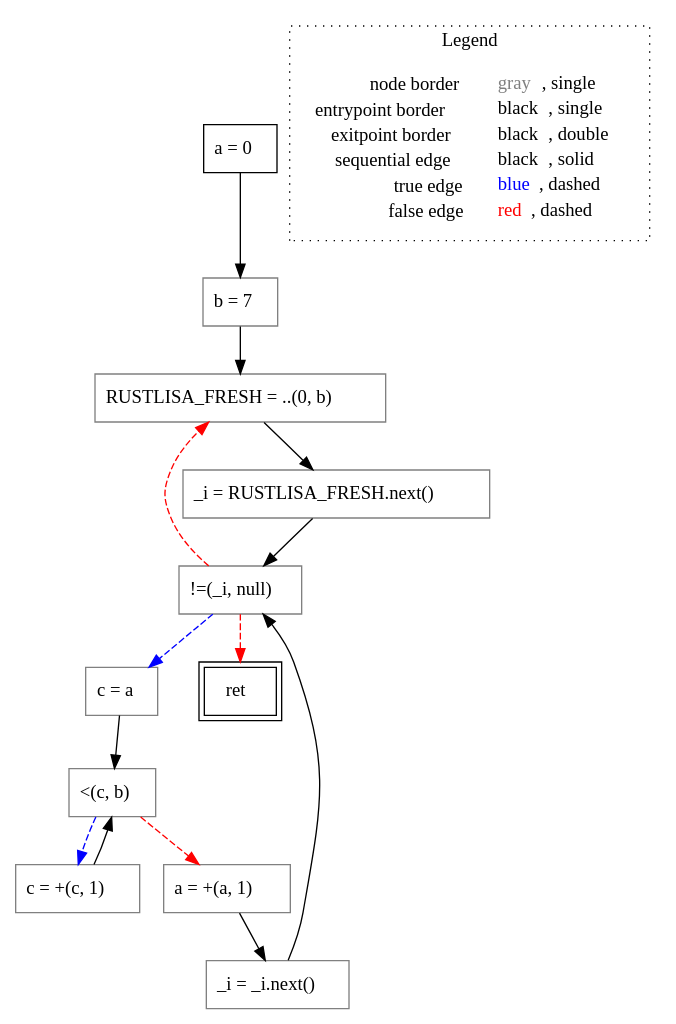
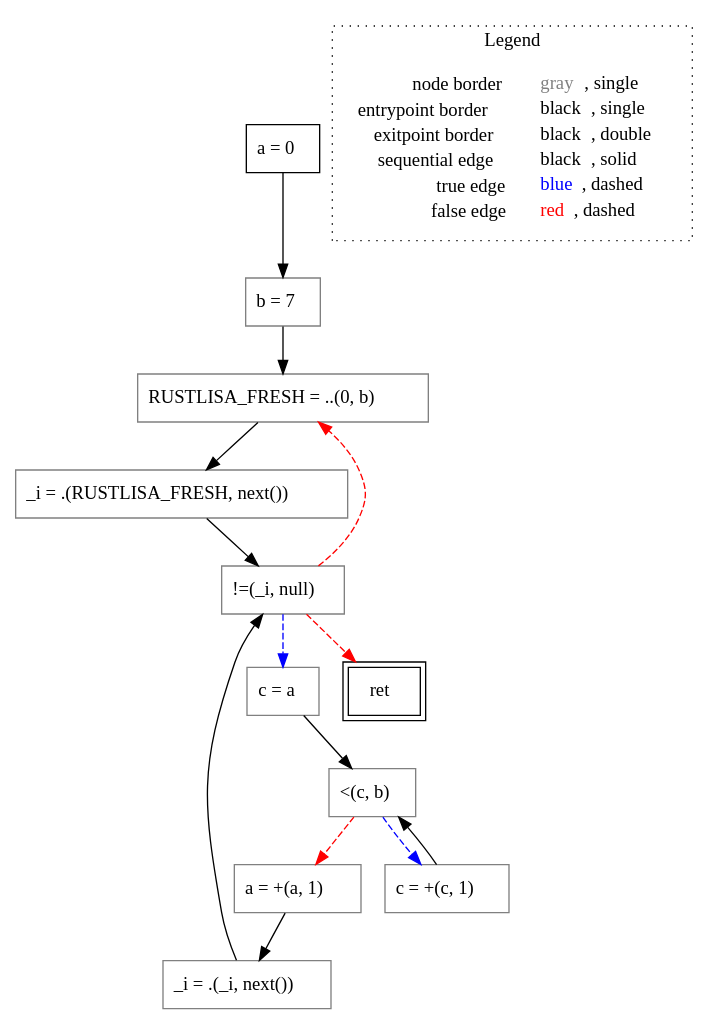
Before and after one commit to VincenzoArceri/rust-lisa: the diagram in rust-lisa/rust-testcases/cfg/nested-loops/untyped_rust-testcases_cfg_nested-loops_nested-loops.rs.main().dot, drawn with Graphviz. The commit also changed 4 other files, not shown here.

```diff
--- a/rust-lisa/rust-testcases/cfg/nested-loops/untyped_rust-testcases_cfg_nested-loops_nested-loops.rs.main().dot
+++ b/rust-lisa/rust-testcases/cfg/nested-loops/untyped_rust-testcases_cfg_nested-loops_nested-loops.rs.main().dot
@@ -1,33 +1,33 @@
 digraph {
 	"node0" [shape="rect",color="black",label=<a = 0>];
-	"node1" [shape="rect",color="gray",label=<!=(_i, null)>];
-	"node2" [shape="rect",color="gray",label=<_i = _i.next()>];
-	"node3" [shape="rect",color="gray",label=<b = 7>];
-	"node4" [shape="rect",color="gray",label=<c = a>];
-	"node5" [shape="rect",color="gray",label=<c = +(c, 1)>];
-	"node6" [shape="rect",color="gray",label=<&lt;(c, b)>];
-	"node7" [shape="rect",color="black",peripheries="2",label=<ret>];
+	"node1" [shape="rect",color="gray",label=<&lt;(c, b)>];
+	"node2" [shape="rect",color="gray",label=<RUSTLISA_FRESH = ..(0, b)>];
+	"node3" [shape="rect",color="gray",label=<c = a>];
+	"node4" [shape="rect",color="gray",label=<_i = .(RUSTLISA_FRESH, next())>];
+	"node5" [shape="rect",color="black",peripheries="2",label=<ret>];
+	"node6" [shape="rect",color="gray",label=<b = 7>];
+	"node7" [shape="rect",color="gray",label=<_i = .(_i, next())>];
 	"node8" [shape="rect",color="gray",label=<a = +(a, 1)>];
-	"node9" [shape="rect",color="gray",label=<RUSTLISA_FRESH = ..(0, b)>];
-	"node10" [shape="rect",color="gray",label=<_i = RUSTLISA_FRESH.next()>];
-	"node1" -> "node4" [color="blue",style="dashed"];
-	"node1" -> "node9" [color="red",style="dashed"];
-	"node1" -> "node7" [color="red",style="dashed"];
-	"node2" -> "node1" [color="black"];
-	"node3" -> "node9" [color="black"];
-	"node4" -> "node6" [color="black"];
-	"node5" -> "node6" [color="black"];
-	"node6" -> "node8" [color="red",style="dashed"];
-	"node6" -> "node5" [color="blue",style="dashed"];
-	"node0" -> "node3" [color="black"];
-	"node8" -> "node2" [color="black"];
-	"node9" -> "node10" [color="black"];
+	"node9" [shape="rect",color="gray",label=<!=(_i, null)>];
+	"node10" [shape="rect",color="gray",label=<c = +(c, 1)>];
+	"node1" -> "node8" [color="red",style="dashed"];
+	"node1" -> "node10" [color="blue",style="dashed"];
+	"node2" -> "node4" [color="black"];
+	"node3" -> "node1" [color="black"];
+	"node4" -> "node9" [color="black"];
+	"node6" -> "node2" [color="black"];
+	"node7" -> "node9" [color="black"];
+	"node0" -> "node6" [color="black"];
+	"node8" -> "node7" [color="black"];
+	"node9" -> "node2" [color="red",style="dashed"];
+	"node9" -> "node3" [color="blue",style="dashed"];
+	"node9" -> "node5" [color="red",style="dashed"];
 	"node10" -> "node1" [color="black"];
 subgraph cluster_legend {
 	label="Legend";
 	style=dotted;
 	node [shape=plaintext];
 	"legend" [label=<<table border="0" cellpadding="2" cellspacing="0" cellborder="0"><tr><td align="right">node border&nbsp;</td><td align="left"><font color="gray">gray</font>, single</td></tr><tr><td align="right">entrypoint border&nbsp;</td><td align="left"><font color="black">black</font>, single</td></tr><tr><td align="right">exitpoint border&nbsp;</td><td align="left"><font color="black">black</font>, double</td></tr><tr><td align="right">sequential edge&nbsp;</td><td align="left"><font color="black">black</font>, solid</td></tr><tr><td align="right">true edge&nbsp;</td><td align="left"><font color="blue">blue</font>, dashed</td></tr><tr><td align="right">false edge&nbsp;</td><td align="left"><font color="red">red</font>, dashed</td></tr></table>>];
 }
 
 }
```
